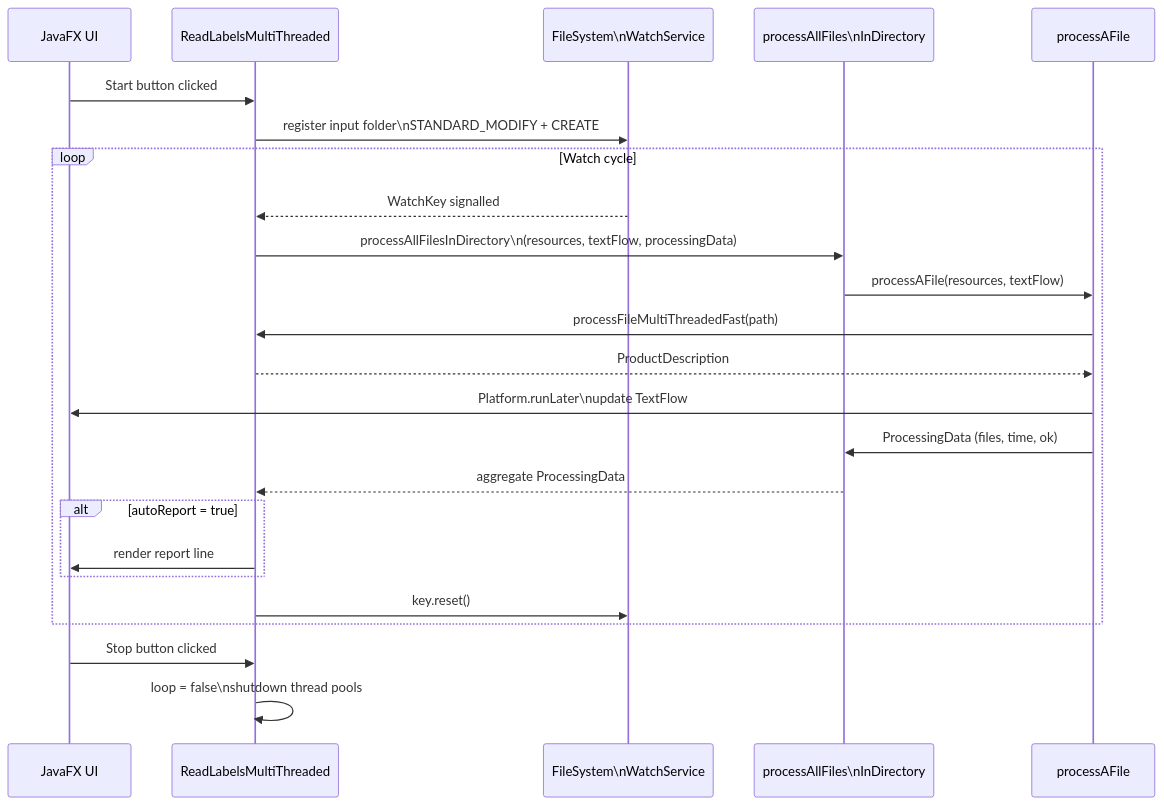
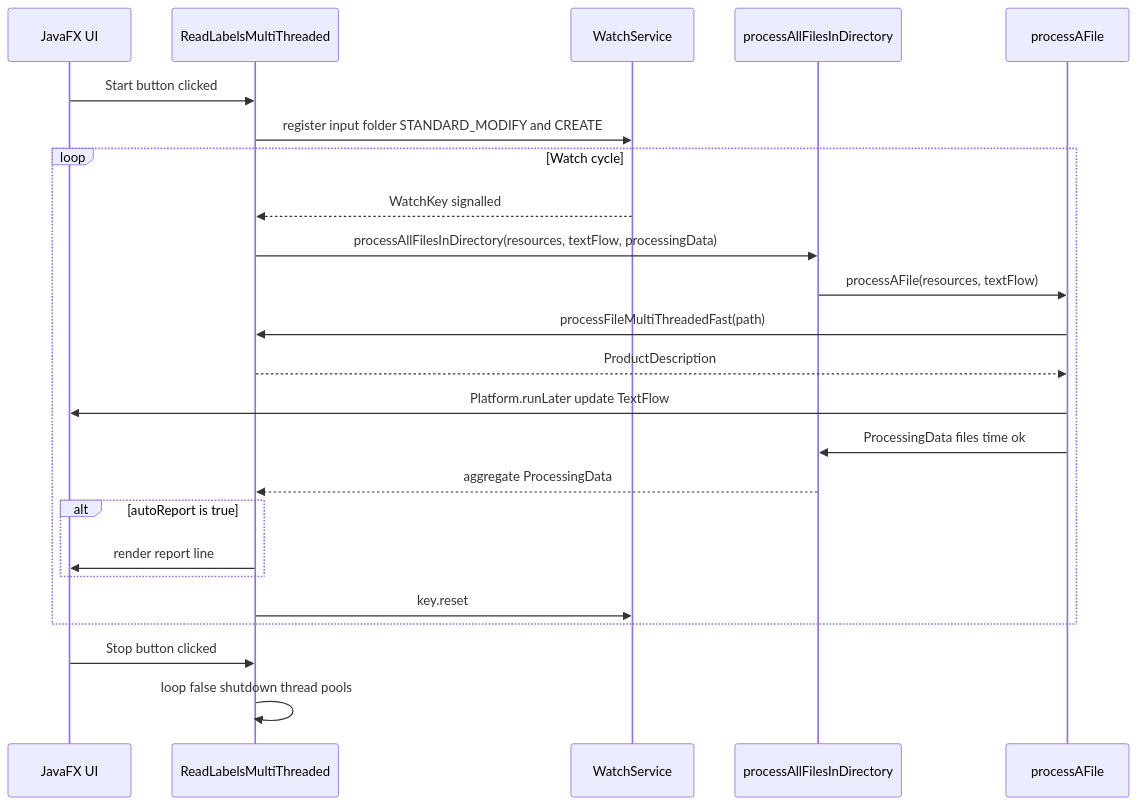
Diagram 13 of 15 in ReadMe.md (UBags/KitchenwarePackagingCompliance), drawn with Mermaid before and after one commit. The commit also changed other lines of this file, not shown here.

````diff
--- a/ReadMe.md
+++ b/ReadMe.md
@@ -701,27 +629,27 @@
 ```mermaid
 sequenceDiagram
     participant UI as JavaFX UI
     participant RLM as ReadLabelsMultiThreaded
-    participant FS as FileSystem\nWatchService
-    participant PAD as processAllFiles\nInDirectory
+    participant FS as WatchService
+    participant PAD as processAllFilesInDirectory
     participant PF as processAFile
 
     UI->>RLM: Start button clicked
-    RLM->>FS: register input folder\nSTANDARD_MODIFY + CREATE
+    RLM->>FS: register input folder STANDARD_MODIFY and CREATE
     loop Watch cycle
         FS-->>RLM: WatchKey signalled
-        RLM->>PAD: processAllFilesInDirectory\n(resources, textFlow, processingData)
+        RLM->>PAD: processAllFilesInDirectory(resources, textFlow, processingData)
         PAD->>PF: processAFile(resources, textFlow)
         PF->>RLM: processFileMultiThreadedFast(path)
         RLM-->>PF: ProductDescription
-        PF->>UI: Platform.runLater\nupdate TextFlow
-        PF->>PAD: ProcessingData (files, time, ok)
+        PF->>UI: Platform.runLater update TextFlow
+        PF->>PAD: ProcessingData files time ok
         PAD-->>RLM: aggregate ProcessingData
-        alt autoReport = true
+        alt autoReport is true
             RLM->>UI: render report line
         end
-        RLM->>FS: key.reset()
+        RLM->>FS: key.reset
     end
     UI->>RLM: Stop button clicked
-    RLM->>RLM: loop = false\nshutdown thread pools
+    RLM->>RLM: loop false shutdown thread pools
 ```
````
